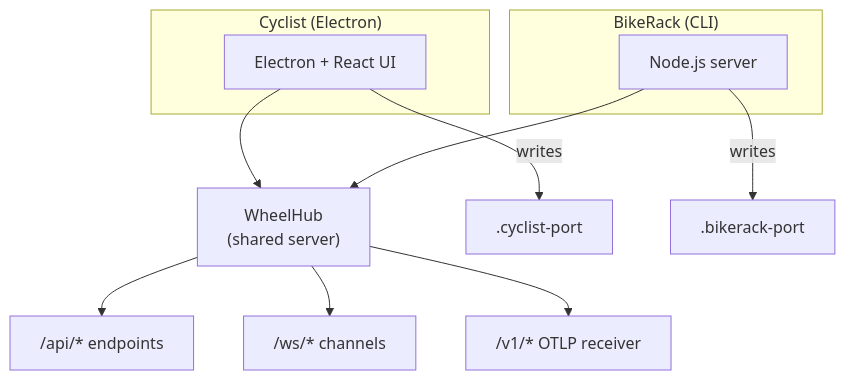
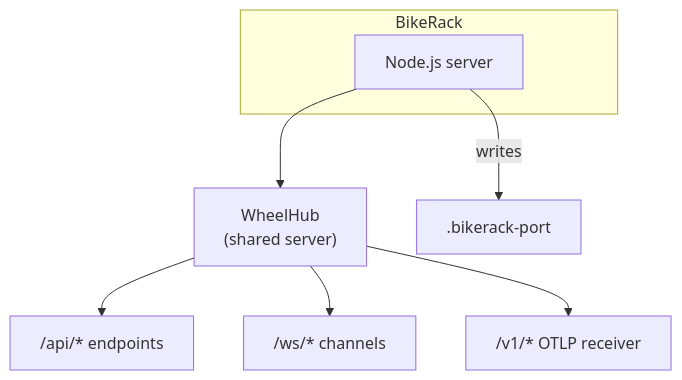
The diagram in README.md (slabgorb/pennyfarthing), drawn with Mermaid before and after one commit. The commit also changed other lines of this file and 1 other file, not shown here.

````diff
--- a/README.md
+++ b/README.md
@@ -154,19 +173,14 @@
 ```mermaid
 graph TB
-    subgraph "Cyclist (Electron)"
-        C["Electron + React UI"]
-    end
-    subgraph "BikeRack (CLI)"
+    subgraph "BikeRack"
         BR["Node.js server"]
     end
 
-    C --> WH["WheelHub<br/>(shared server)"]
-    BR --> WH
+    BR --> WH["WheelHub<br/>(shared server)"]
 
-    C -- "writes" --> CP[".cyclist-port"]
     BR -- "writes" --> BP[".bikerack-port"]
 
     WH --> API["/api/* endpoints"]
     WH --> WS["/ws/* channels"]
     WH --> OTLP["/v1/* OTLP receiver"]
 ```
````
